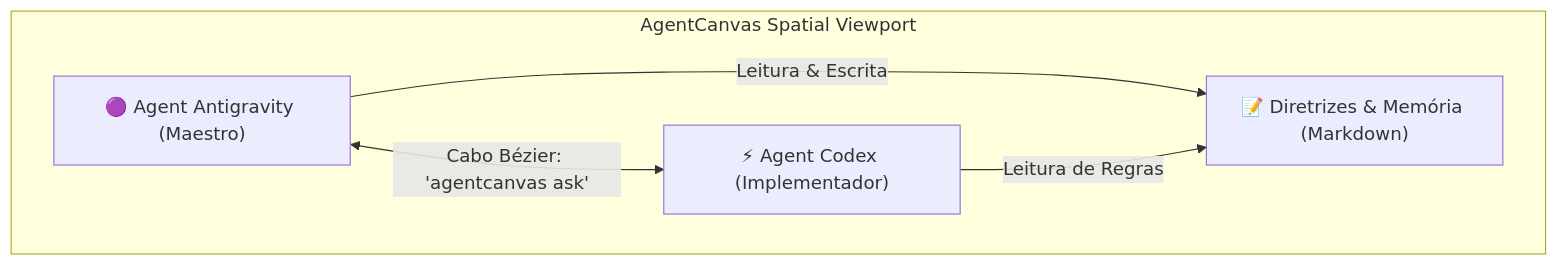
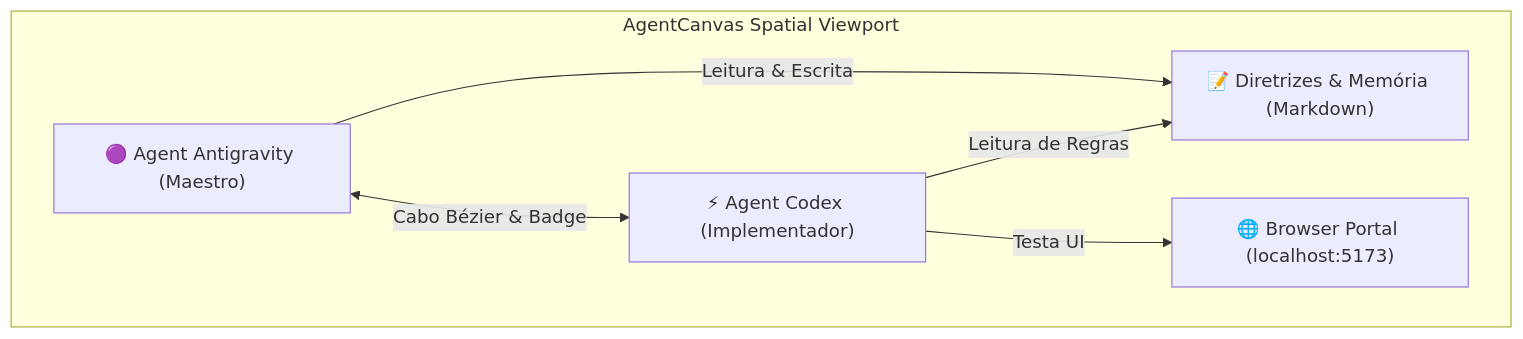
One commit to guilhermebarcelos06/AgentCanvas changed the first of 2 diagrams in README.md. Above: the diagram before and after it, drawn with Mermaid. The commit also changed other lines of this file and 42 other files, not shown here.

````diff
--- a/README.md
+++ b/README.md
@@ -27,13 +27,15 @@
 ```mermaid
 flowchart LR
     subgraph Canvas ["AgentCanvas Spatial Viewport"]
         direction LR
         Maestro["🟣 Agent Antigravity (Maestro)"]
         Implementer["⚡ Agent Codex (Implementador)"]
         Notes["📝 Diretrizes & Memória (Markdown)"]
+        Portal["🌐 Browser Portal (localhost:5173)"]
         
-        Maestro <-->|Cabo Bézier: 'agentcanvas ask'| Implementer
+        Maestro <-->|Cabo Bézier & Badge| Implementer
         Maestro -->|Leitura & Escrita| Notes
         Implementer -->|Leitura de Regras| Notes
+        Implementer -->|Testa UI| Portal
     end
 ```
````
